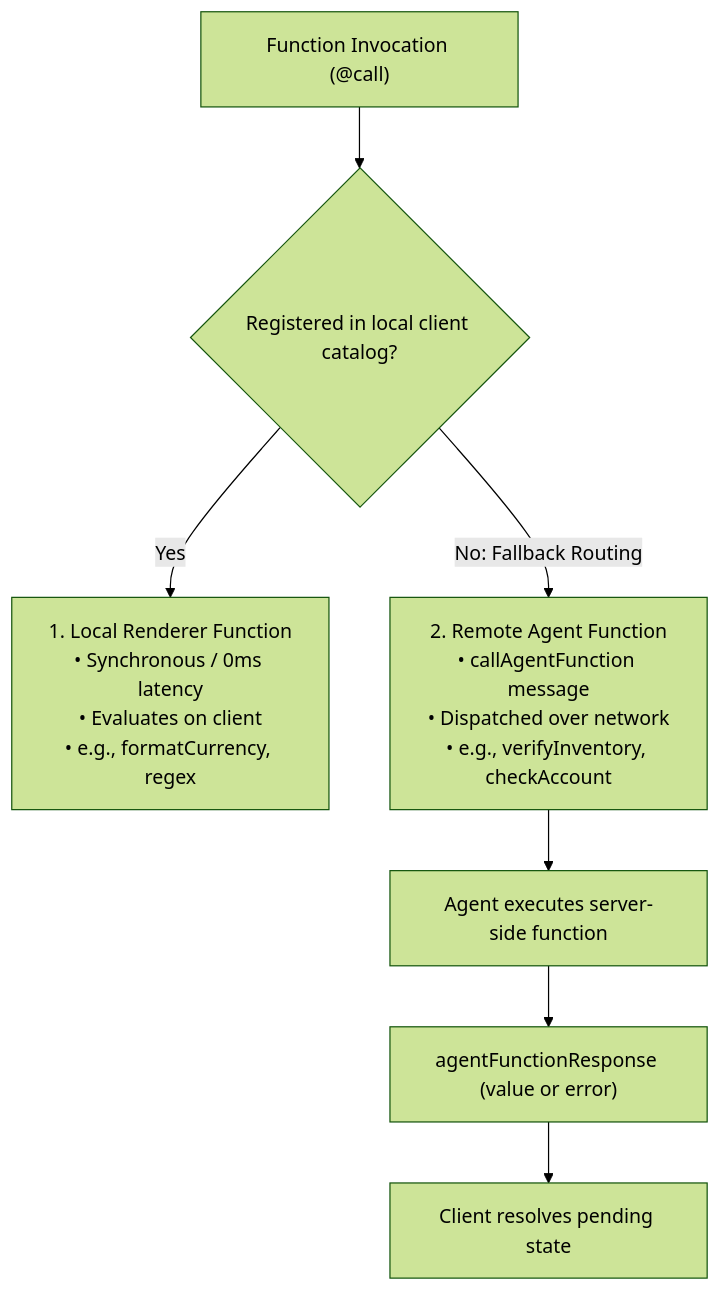
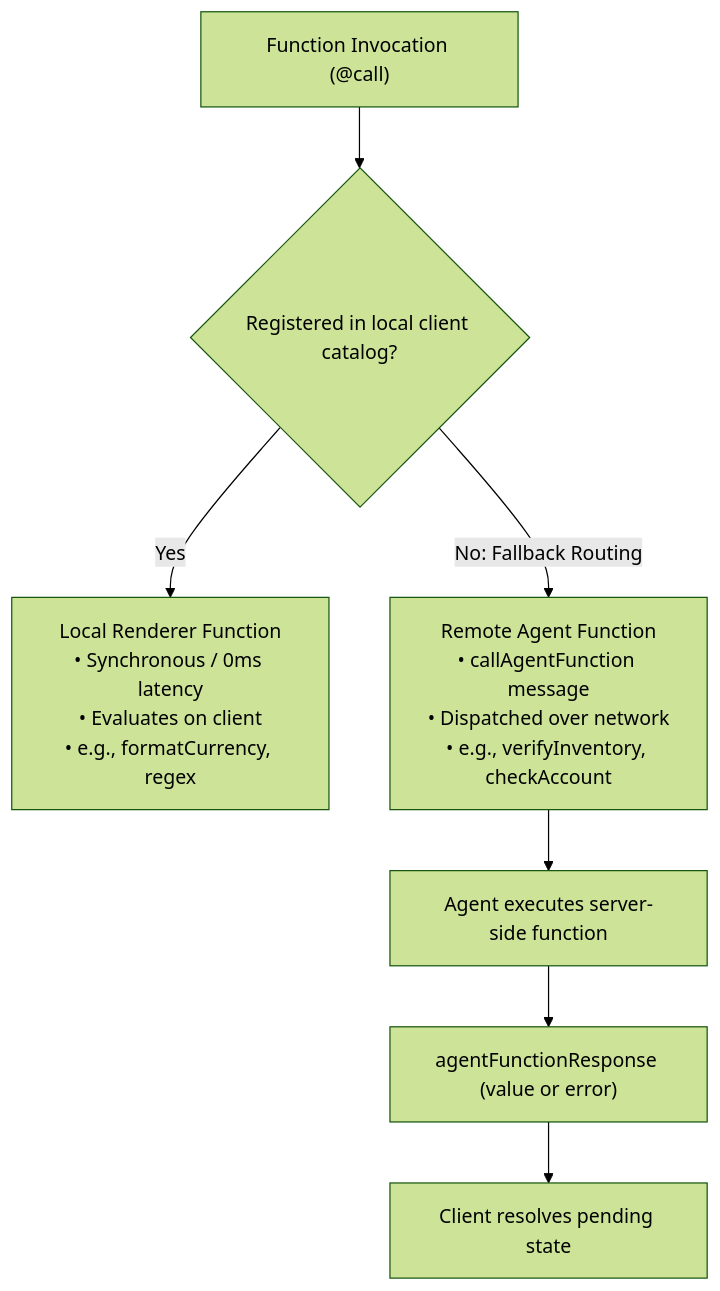
One commit to a2ui-project/a2ui changed the second of 4 diagrams in docs/site/src/content/docs/concepts/actions-and-functions.mdx. Above: the diagram before and after it, drawn with Mermaid (forest theme). The commit also changed other lines of this file, not shown here.

Commit message:
docs(site): add purpose sentence, unnumber headings, and describe diagrams

````diff
--- a/docs/site/src/content/docs/concepts/actions-and-functions.mdx
+++ b/docs/site/src/content/docs/concepts/actions-and-functions.mdx
@@ -289,9 +295,9 @@
 ```mermaid
 flowchart TD
     Invoke["Function Invocation (@call)"] --> RegistryCheck{"Registered in local client catalog?"}
-    RegistryCheck -->|Yes| LocalExec["1. Local Renderer Function<br/>• Synchronous / 0ms latency<br/>• Evaluates on client<br/>• e.g., formatCurrency, regex"]
-    RegistryCheck -->|No: Fallback Routing| RemoteRPC["2. Remote Agent Function<br/>• callAgentFunction message<br/>• Dispatched over network<br/>• e.g., verifyInventory, checkAccount"]
+    RegistryCheck -->|Yes| LocalExec["Local Renderer Function<br/>• Synchronous / 0ms latency<br/>• Evaluates on client<br/>• e.g., formatCurrency, regex"]
+    RegistryCheck -->|No: Fallback Routing| RemoteRPC["Remote Agent Function<br/>• callAgentFunction message<br/>• Dispatched over network<br/>• e.g., verifyInventory, checkAccount"]
     RemoteRPC --> AgentProcess["Agent executes server-side function"]
     AgentProcess --> AgentReply["agentFunctionResponse (value or error)"]
     AgentReply --> ClientResolve["Client resolves pending state"]
 ```
````
